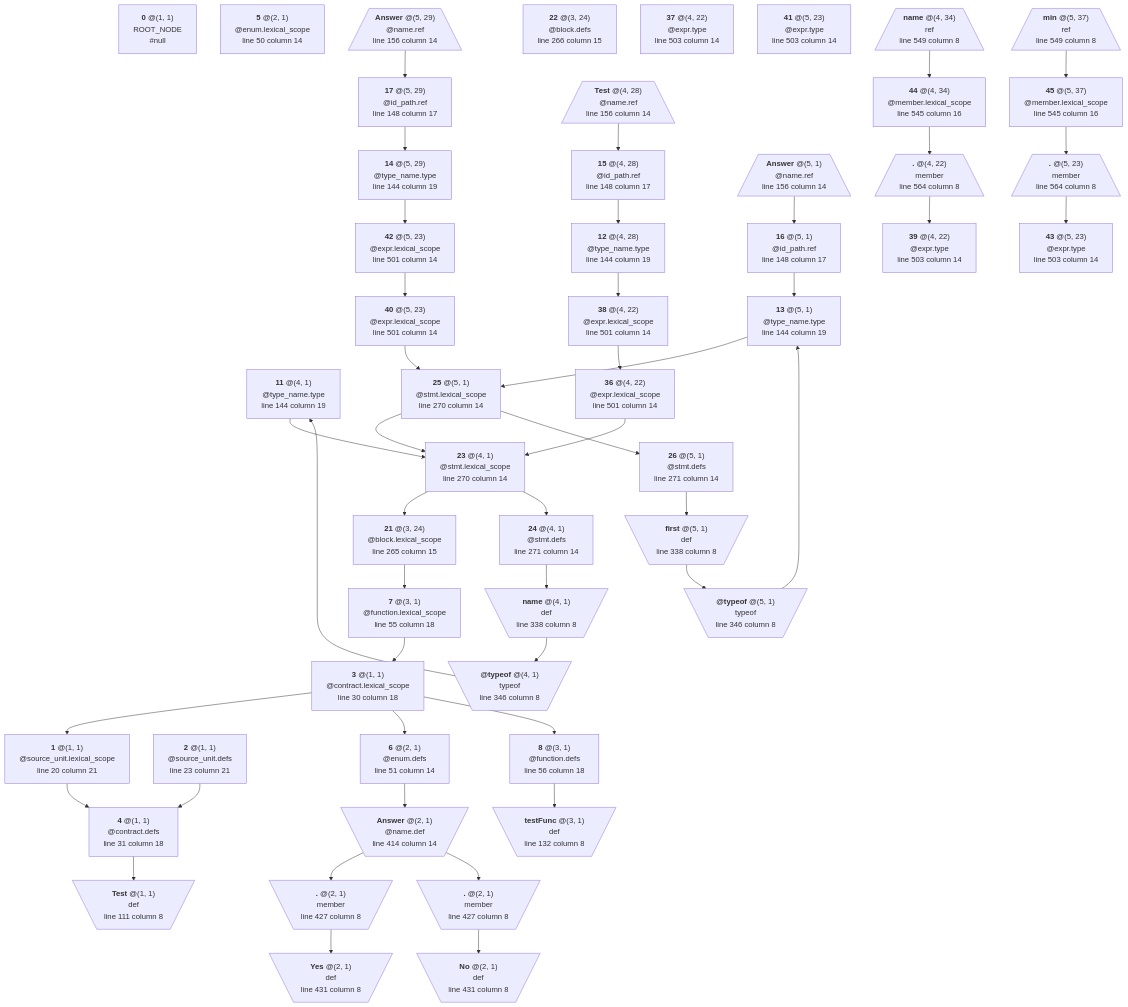
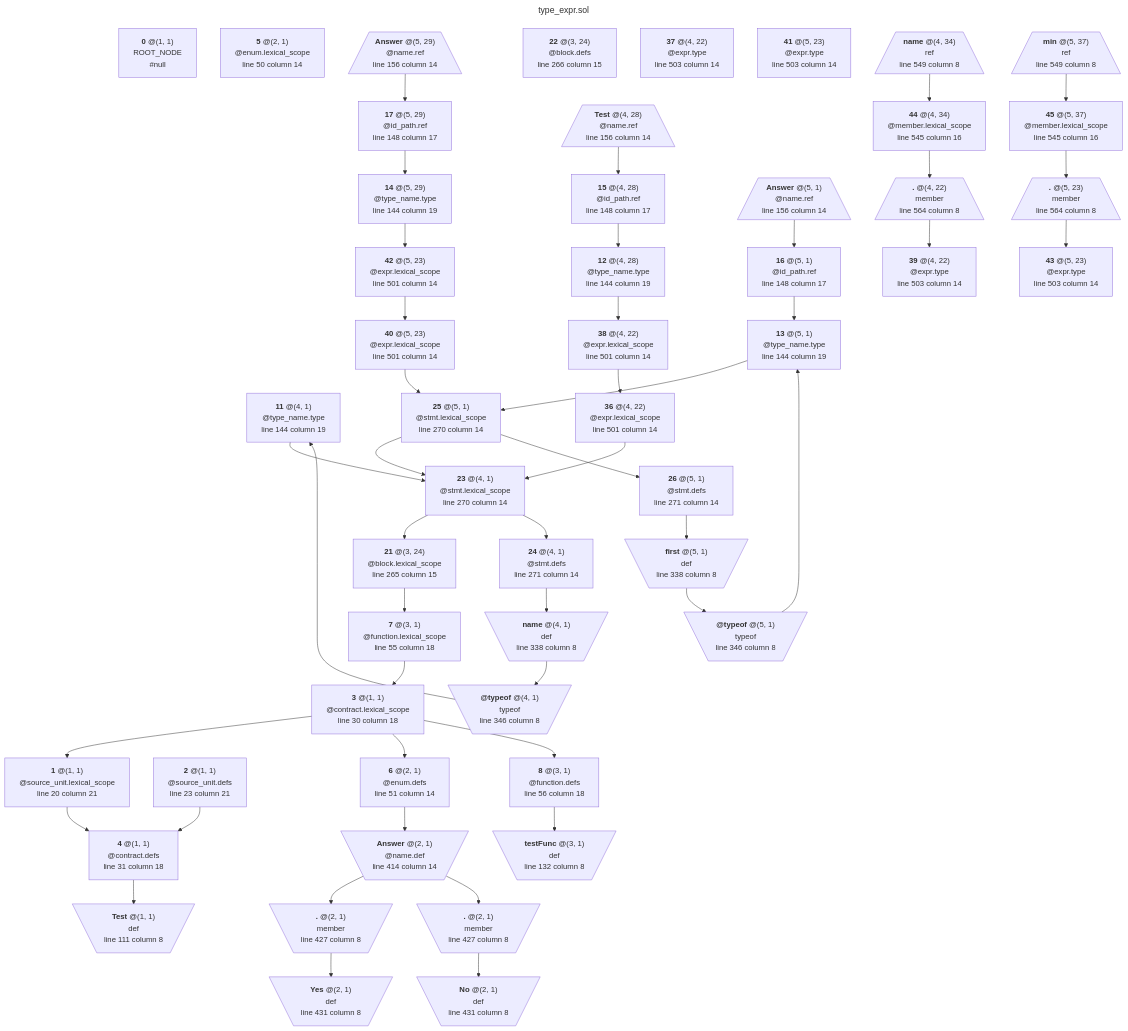
One commit to manastech/slang changed the diagram in crates/solidity/testing/snapshots/bindings_output/expressions/generated/type_expr.sol-0.5.3.mmd. Above: the diagram before and after it, drawn with Mermaid. The commit also changed 25 other files, not shown here.

```diff
--- a/crates/solidity/testing/snapshots/bindings_output/expressions/generated/type_expr.sol-0.5.3.mmd
+++ b/crates/solidity/testing/snapshots/bindings_output/expressions/generated/type_expr.sol-0.5.3.mmd
@@ -1,195 +1,198 @@
+---
+title: type_expr.sol
+---
 graph TD
 	N0["`**0** @(1, 1)
 ROOT_NODE
 #null`"]
 	N1["`**1** @(1, 1)
 @source_unit.lexical_scope
 line 20 column 21`"]
 	N1 --> N4
 	N2["`**2** @(1, 1)
 @source_unit.defs
 line 23 column 21`"]
 	N2 --> N4
 	N3["`**3** @(1, 1)
 @contract.lexical_scope
 line 30 column 18`"]
 	N3 --> N1
 	N3 --> N6
 	N3 --> N8
 	N4["`**4** @(1, 1)
 @contract.defs
 line 31 column 18`"]
 	N4 --> N9
 	N5["`**5** @(2, 1)
 @enum.lexical_scope
 line 50 column 14`"]
 	N6["`**6** @(2, 1)
 @enum.defs
 line 51 column 14`"]
 	N6 --> N31
 	N7["`**7** @(3, 1)
 @function.lexical_scope
 line 55 column 18`"]
 	N7 --> N3
 	N8["`**8** @(3, 1)
 @function.defs
 line 56 column 18`"]
 	N8 --> N10
 	N9[\"`**Test** @(1, 1)
 def
 line 111 column 8`"/]
 	N10[\"`**testFunc** @(3, 1)
 def
 line 132 column 8`"/]
 	N11["`**11** @(4, 1)
 @type_name.type
 line 144 column 19`"]
 	N11 --> N23
 	N12["`**12** @(4, 28)
 @type_name.type
 line 144 column 19`"]
 	N12 --> N38
 	N13["`**13** @(5, 1)
 @type_name.type
 line 144 column 19`"]
 	N13 --> N25
 	N14["`**14** @(5, 29)
 @type_name.type
 line 144 column 19`"]
 	N14 --> N42
 	N15["`**15** @(4, 28)
 @id_path.ref
 line 148 column 17`"]
 	N15 --> N12
 	N16["`**16** @(5, 1)
 @id_path.ref
 line 148 column 17`"]
 	N16 --> N13
 	N17["`**17** @(5, 29)
 @id_path.ref
 line 148 column 17`"]
 	N17 --> N14
 	N18[/"`**Test** @(4, 28)
 @name.ref
 line 156 column 14`"\]
 	N18 --> N15
 	N19[/"`**Answer** @(5, 1)
 @name.ref
 line 156 column 14`"\]
 	N19 --> N16
 	N20[/"`**Answer** @(5, 29)
 @name.ref
 line 156 column 14`"\]
 	N20 --> N17
 	N21["`**21** @(3, 24)
 @block.lexical_scope
 line 265 column 15`"]
 	N21 --> N7
 	N22["`**22** @(3, 24)
 @block.defs
 line 266 column 15`"]
 	N23["`**23** @(4, 1)
 @stmt.lexical_scope
 line 270 column 14`"]
 	N23 --> N21
 	N23 --> N24
 	N24["`**24** @(4, 1)
 @stmt.defs
 line 271 column 14`"]
 	N24 --> N27
 	N25["`**25** @(5, 1)
 @stmt.lexical_scope
 line 270 column 14`"]
 	N25 --> N23
 	N25 --> N26
 	N26["`**26** @(5, 1)
 @stmt.defs
 line 271 column 14`"]
 	N26 --> N29
 	N27[\"`**name** @(4, 1)
 def
 line 338 column 8`"/]
 	N27 --> N28
 	N28[\"`**@typeof** @(4, 1)
 typeof
 line 346 column 8`"/]
 	N28 --> N11
 	N29[\"`**first** @(5, 1)
 def
 line 338 column 8`"/]
 	N29 --> N30
 	N30[\"`**@typeof** @(5, 1)
 typeof
 line 346 column 8`"/]
 	N30 --> N13
 	N31[\"`**Answer** @(2, 1)
 @name.def
 line 414 column 14`"/]
 	N31 --> N32
 	N31 --> N34
 	N32[\"`**.** @(2, 1)
 member
 line 427 column 8`"/]
 	N32 --> N33
 	N33[\"`**Yes** @(2, 1)
 def
 line 431 column 8`"/]
 	N34[\"`**.** @(2, 1)
 member
 line 427 column 8`"/]
 	N34 --> N35
 	N35[\"`**No** @(2, 1)
 def
 line 431 column 8`"/]
 	N36["`**36** @(4, 22)
 @expr.lexical_scope
 line 501 column 14`"]
 	N36 --> N23
 	N37["`**37** @(4, 22)
 @expr.type
 line 503 column 14`"]
 	N38["`**38** @(4, 22)
 @expr.lexical_scope
 line 501 column 14`"]
 	N38 --> N36
 	N39["`**39** @(4, 22)
 @expr.type
 line 503 column 14`"]
 	N40["`**40** @(5, 23)
 @expr.lexical_scope
 line 501 column 14`"]
 	N40 --> N25
 	N41["`**41** @(5, 23)
 @expr.type
 line 503 column 14`"]
 	N42["`**42** @(5, 23)
 @expr.lexical_scope
 line 501 column 14`"]
 	N42 --> N40
 	N43["`**43** @(5, 23)
 @expr.type
 line 503 column 14`"]
 	N44["`**44** @(4, 34)
 @member.lexical_scope
 line 545 column 16`"]
 	N44 --> N48
 	N45["`**45** @(5, 37)
 @member.lexical_scope
 line 545 column 16`"]
 	N45 --> N49
 	N46[/"`**name** @(4, 34)
 ref
 line 549 column 8`"\]
 	N46 --> N44
 	N47[/"`**min** @(5, 37)
 ref
 line 549 column 8`"\]
 	N47 --> N45
 	N48[/"`**.** @(4, 22)
 member
 line 564 column 8`"\]
 	N48 --> N39
 	N49[/"`**.** @(5, 23)
 member
 line 564 column 8`"\]
 	N49 --> N43
```
